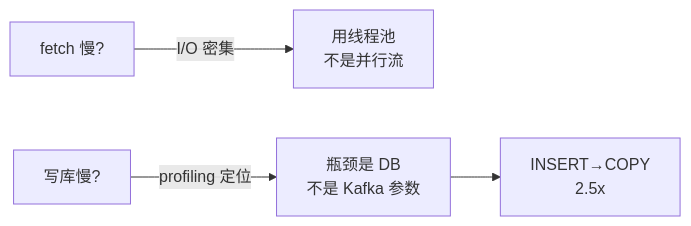
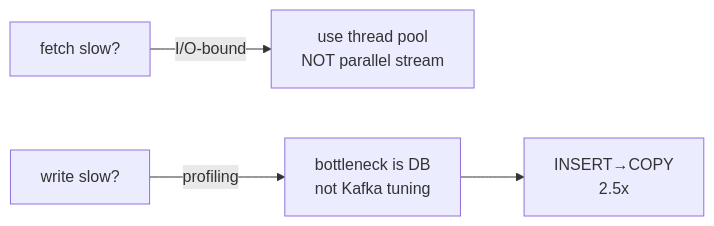
Before and after one commit to azc2003/KlineLoaderProject: the third of 5 diagrams in README.md, drawn with Mermaid. The commit also changed other lines of this file, not shown here.

````diff
--- a/README.md
+++ b/README.md
@@ -141,6 +141,6 @@
 ```mermaid
 flowchart LR
-    A["fetch 慢?"] -->|"I/O 密集"| B["用线程池<br/>不是并行流"]
-    C["写库慢?"] -->|"profiling 定位"| D["瓶颈是 DB<br/>不是 Kafka 参数"]
+    A["fetch slow?"] -->|"I/O-bound"| B["use thread pool<br/>NOT parallel stream"]
+    C["write slow?"] -->|"profiling"| D["bottleneck is DB<br/>not Kafka tuning"]
     D --> E["INSERT→COPY<br/>2.5x"]
 ```
````
